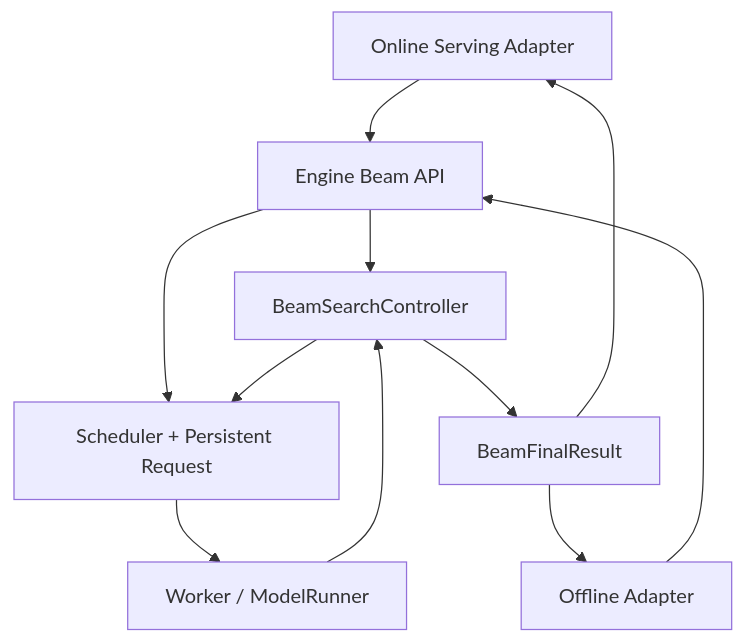
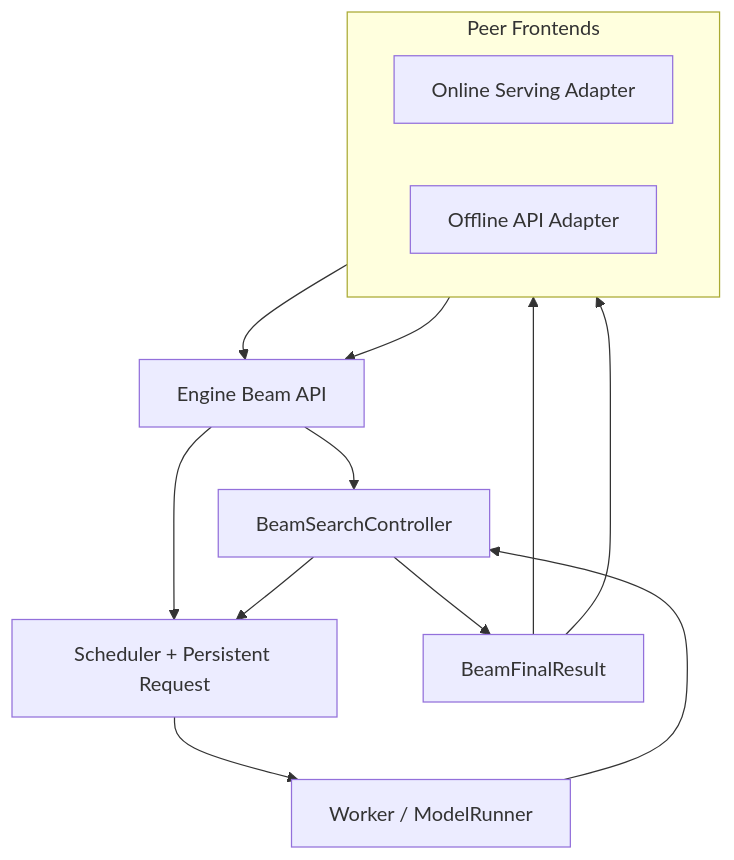
Before and after one commit to zhanghanleo10/gr-related: the first of 15 diagrams in GR/engine_owned_persistent_beam_session_feature_design.md, drawn with Mermaid. The commit also changed other lines of this file, not shown here.

Commit message:
docs: make offline and serving peer frontends

```diff
--- a/GR/engine_owned_persistent_beam_session_feature_design.md
+++ b/GR/engine_owned_persistent_beam_session_feature_design.md
@@ -43,21 +43,24 @@
 ~~~mermaid
 flowchart TB
-    ON["Online Serving Adapter"]
-    OFF["Offline Adapter"]
+    subgraph ENTRY["Peer Frontends"]
+        direction LR
+        ON["Online Serving Adapter"]
+        OFF["Offline API Adapter"]
+    end
     API["Engine Beam API"]
     CTRL["BeamSearchController"]
     SCH["Scheduler + Persistent Request"]
     WRK["Worker / ModelRunner"]
     FINAL["BeamFinalResult"]
 
     ON --> API
     OFF --> API
     API --> CTRL
     API --> SCH
     SCH --> WRK
     WRK --> CTRL
     CTRL --> SCH
     CTRL --> FINAL
     FINAL --> ON
     FINAL --> OFF
 ~~~
```
